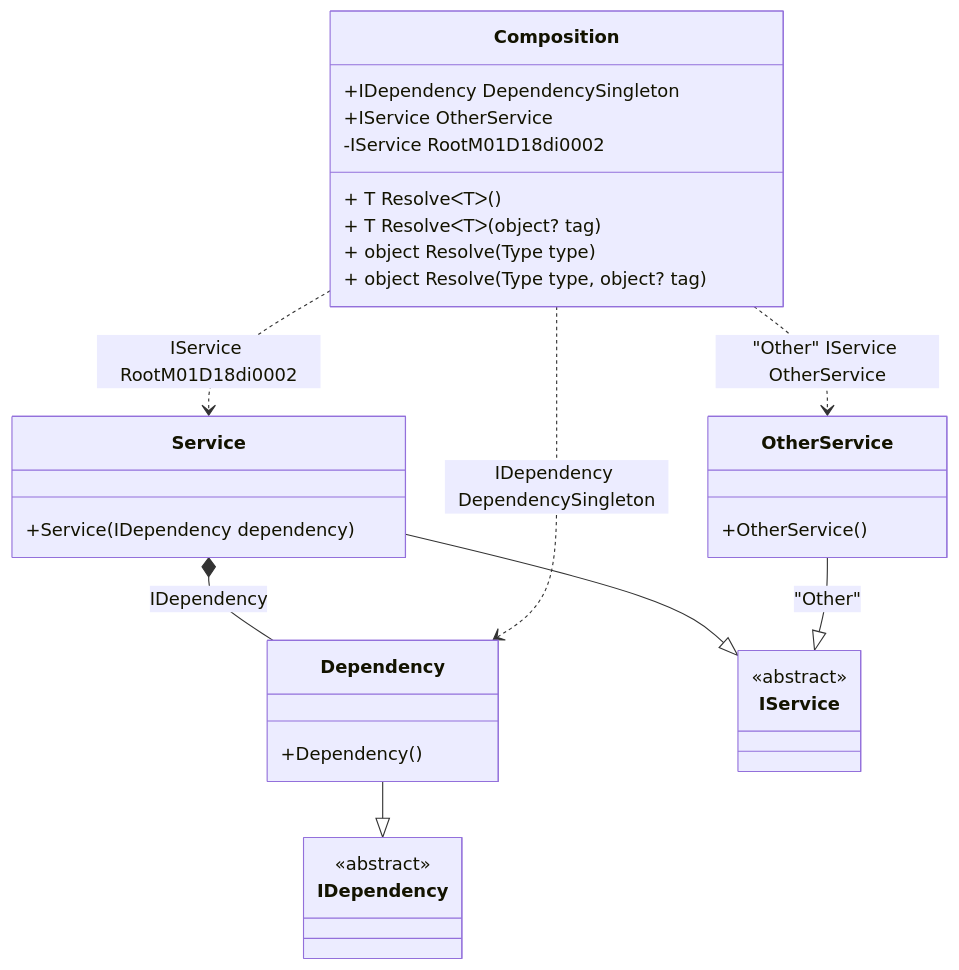
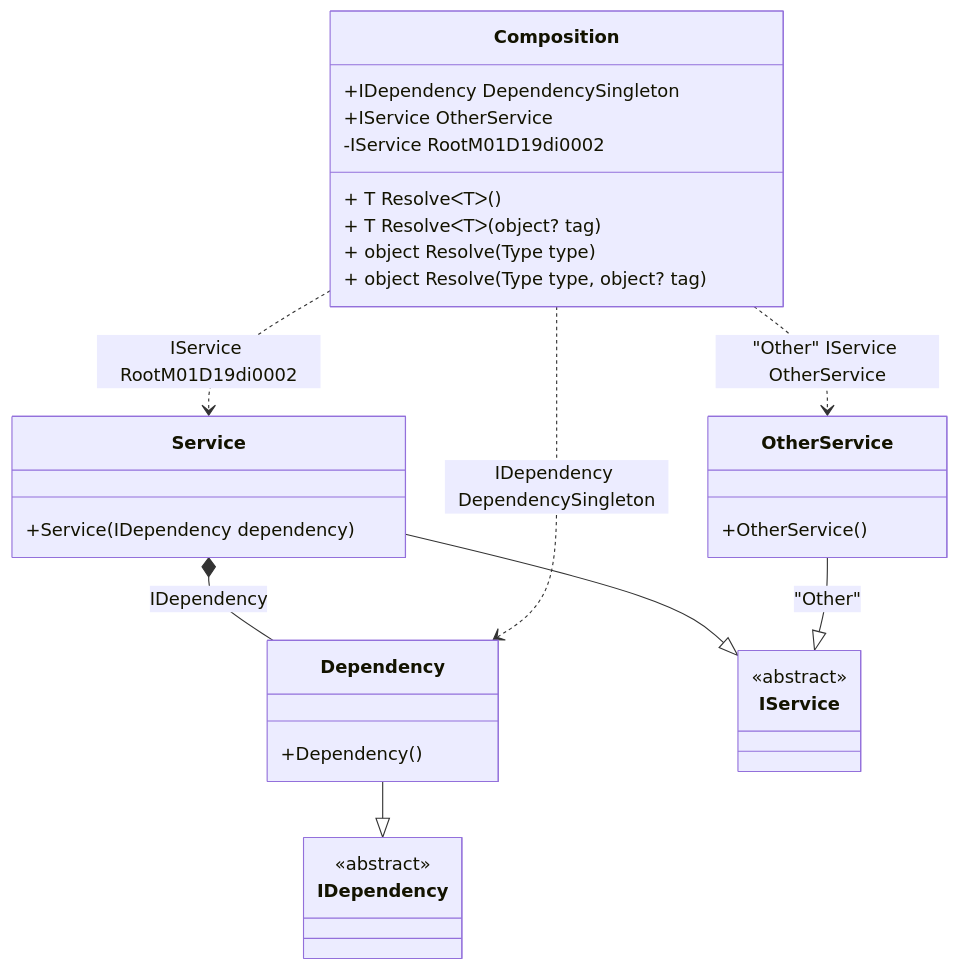
One commit to DevTeam/Pure.DI changed the diagram in readme/resolve-methods.md. Above: the diagram before and after it, drawn with Mermaid. The commit also changed other lines of this file and 113 other files, not shown here.

````diff
--- a/readme/resolve-methods.md
+++ b/readme/resolve-methods.md
@@ -45,34 +45,34 @@
 ```mermaid
 classDiagram
   class Composition {
     +IDependency DependencySingleton
     +IService OtherService
-    -IService RootM01D18di0002
+    -IService RootM01D19di0002
     + T ResolveᐸTᐳ()
     + T ResolveᐸTᐳ(object? tag)
     + object Resolve(Type type)
     + object Resolve(Type type, object? tag)
   }
   Dependency --|> IDependency : 
   class Dependency {
     +Dependency()
   }
   Service --|> IService : 
   class Service {
     +Service(IDependency dependency)
   }
   OtherService --|> IService : "Other" 
   class OtherService {
     +OtherService()
   }
   class IDependency {
     <<abstract>>
   }
   class IService {
     <<abstract>>
   }
   Service *--  Dependency : IDependency
   Composition ..> Dependency : IDependency DependencySingleton
-  Composition ..> Service : IService RootM01D18di0002
+  Composition ..> Service : IService RootM01D19di0002
   Composition ..> OtherService : "Other" IService OtherService
 ```
````
